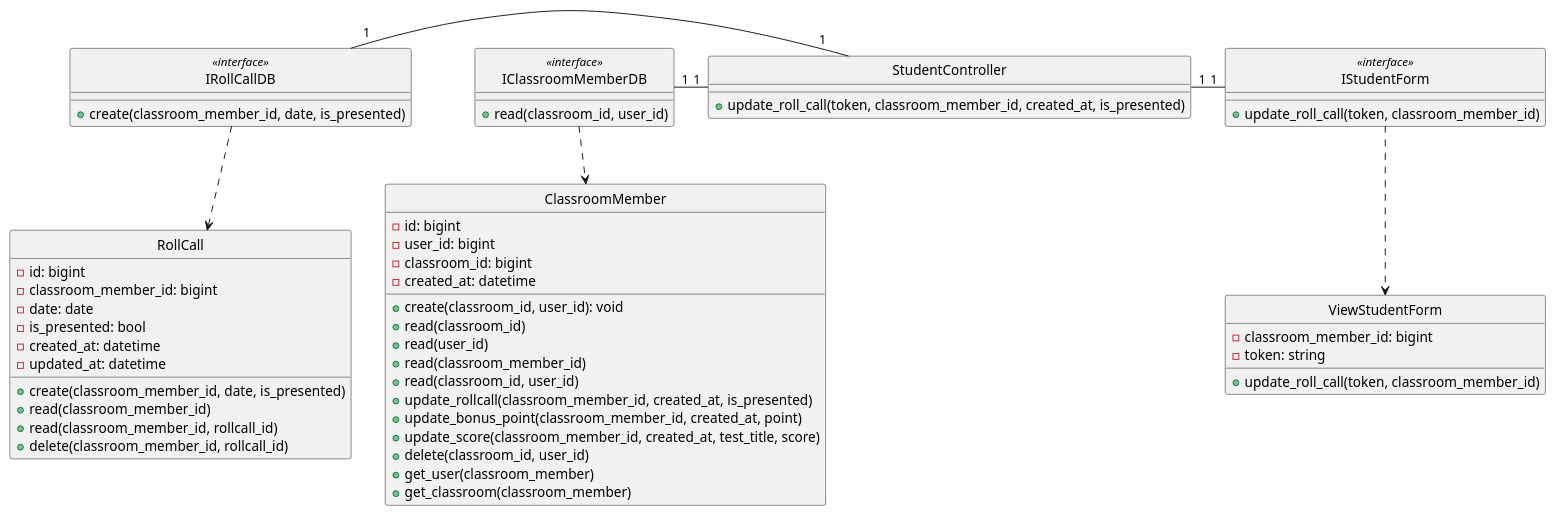
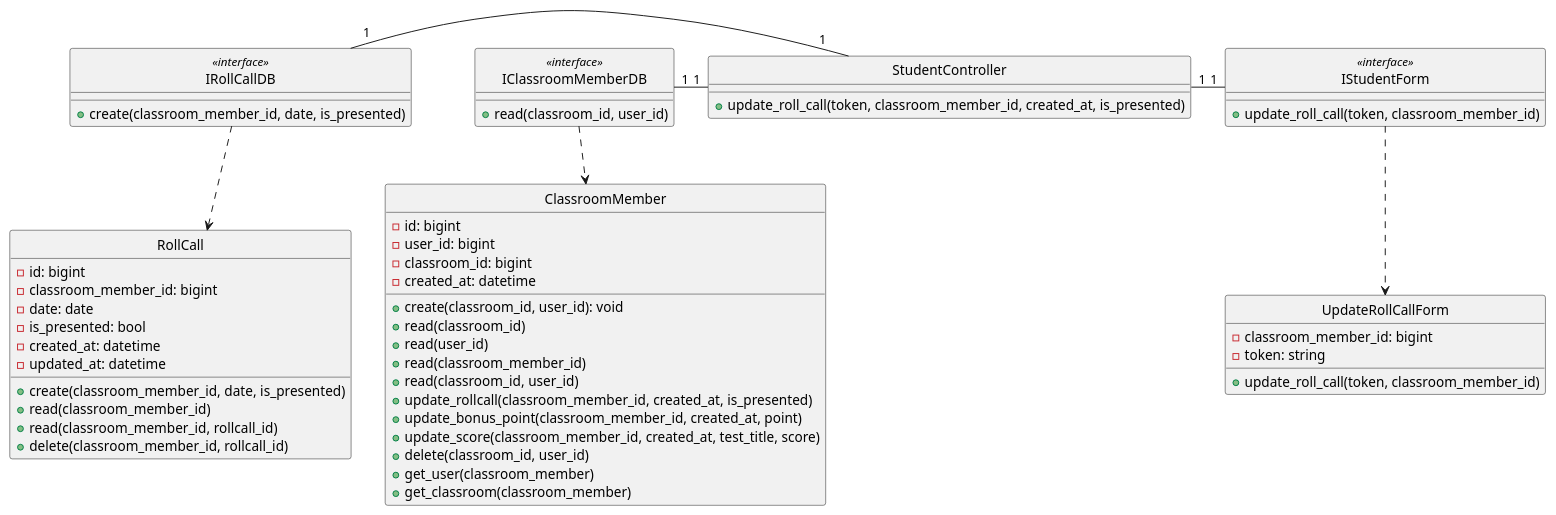
The diagram in class - design/rollcall/updateRollCall.plantuml (anonyhostvn/OOAD-Diagram), drawn with PlantUML before and after one commit. The commit also changed 1 other file, not shown here.

Commit message:
fix roll call form name

```diff
--- a/class - design/rollcall/updateRollCall.plantuml
+++ b/class - design/rollcall/updateRollCall.plantuml
@@ -1,77 +1,77 @@
 @startuml addStudent
 
-class ViewStudentForm {
+class UpdateRollCallForm {
     - classroom_member_id: bigint
     - token: string
 
     + update_roll_call(token, classroom_member_id)
 }
 
 class IStudentForm <<interface>> {
     + update_roll_call(token, classroom_member_id)
 }
 
 class StudentController {
     + update_roll_call(token, classroom_member_id, created_at, is_presented)
 }
 
 class ClassroomMember {
     - id: bigint
     - user_id: bigint
     - classroom_id: bigint
     - created_at: datetime
 
     + create(classroom_id, user_id): void
     + read(classroom_id)
     + read(user_id)
     + read(classroom_member_id)
     + read(classroom_id, user_id)
     + update_rollcall(classroom_member_id, created_at, is_presented)
     + update_bonus_point(classroom_member_id, created_at, point)
     + update_score(classroom_member_id, created_at, test_title, score)
     + delete(classroom_id, user_id)
     + get_user(classroom_member)
     + get_classroom(classroom_member)
 }
 
 class IClassroomMemberDB <<interface>> {
     + read(classroom_id, user_id)
 }
 
 
 class RollCall {
     - id: bigint
     - classroom_member_id: bigint
     - date: date
     - is_presented: bool
     - created_at: datetime
     - updated_at: datetime
 
     + create(classroom_member_id, date, is_presented)
     + read(classroom_member_id)
     + read(classroom_member_id, rollcall_id)
     + delete(classroom_member_id, rollcall_id)
 }
 
 class IRollCallDB <<interface>> {
     + create(classroom_member_id, date, is_presented)
 }
 
-hide ViewStudentForm circle
+hide UpdateRollCallForm circle
 hide IStudentForm <<interface>> circle
 hide StudentController circle
 hide IClassroomMemberDB <<interface>> circle
 hide ClassroomMember circle
 hide IRollCallDB <<interface>> circle
 hide RollCall circle
 
 
-IStudentForm .down.> ViewStudentForm
+IStudentForm .down.> UpdateRollCallForm
 IClassroomMemberDB .down.> ClassroomMember
 IRollCallDB .down.> RollCall
 IStudentForm "1"-left-"1" StudentController
 StudentController "1"-left-"1" IClassroomMemberDB
 StudentController "1"-left-"1" IRollCallDB
 
 
 @enduml
```
